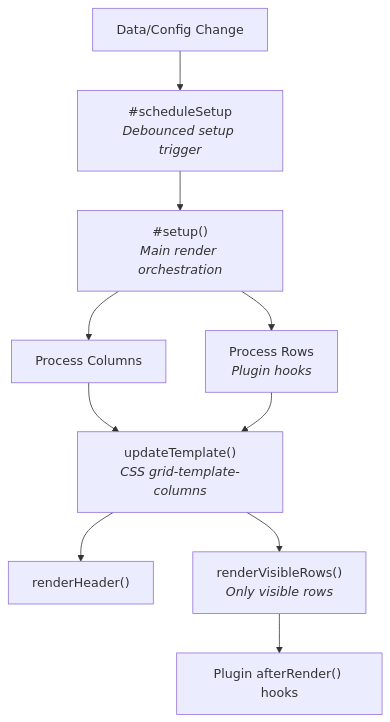
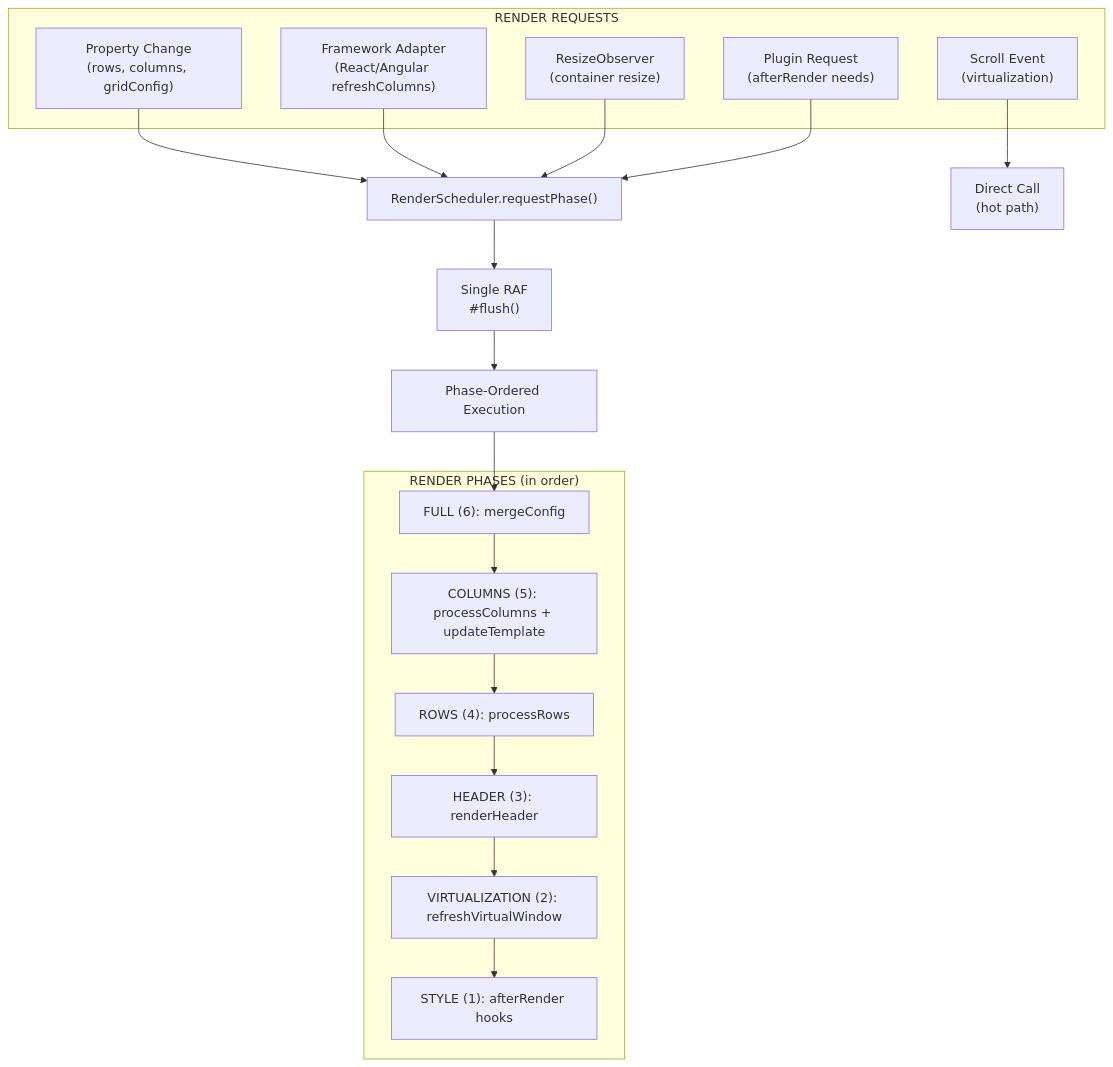
Before and after one commit to OysteinAmundsen/toolbox: the second of 3 diagrams in libs/grid/ARCHITECTURE.md, drawn with Mermaid. The commit also changed other lines of this file and 5 other files, not shown here.

````diff
--- a/libs/grid/ARCHITECTURE.md
+++ b/libs/grid/ARCHITECTURE.md
@@ -293,12 +295,30 @@
 ```mermaid
 flowchart TB
-    A["Data/Config Change"] --> B["#scheduleSetup<br/><i>Debounced setup trigger</i>"]
-    B --> C["#setup()<br/><i>Main render orchestration</i>"]
-    C --> D["Process Columns"]
-    C --> E["Process Rows<br/><i>Plugin hooks</i>"]
-    D --> F["updateTemplate()<br/><i>CSS grid-template-columns</i>"]
+    subgraph sources["RENDER REQUESTS"]
+        A["Property Change<br/>(rows, columns, gridConfig)"]
+        B["Framework Adapter<br/>(React/Angular refreshColumns)"]
+        C["ResizeObserver<br/>(container resize)"]
+        D["Scroll Event<br/>(virtualization)"]
+        E["Plugin Request<br/>(afterRender needs)"]
+    end
+
+    A --> F["RenderScheduler.requestPhase()"]
+    B --> F
+    C --> F
+    D --> G["Direct Call<br/>(hot path)"]
     E --> F
-    F --> G["renderHeader()"]
-    F --> H["renderVisibleRows()<br/><i>Only visible rows</i>"]
-    H --> I["Plugin afterRender() hooks"]
+
+    F --> H["Single RAF<br/>#flush()"]
+    H --> I["Phase-Ordered Execution"]
+
+    subgraph phases["RENDER PHASES (in order)"]
+        P1["FULL (6): mergeConfig"]
+        P2["COLUMNS (5): processColumns + updateTemplate"]
+        P3["ROWS (4): processRows"]
+        P4["HEADER (3): renderHeader"]
+        P5["VIRTUALIZATION (2): refreshVirtualWindow"]
+        P6["STYLE (1): afterRender hooks"]
+    end
+
+    I --> P1 --> P2 --> P3 --> P4 --> P5 --> P6
 ```
````
